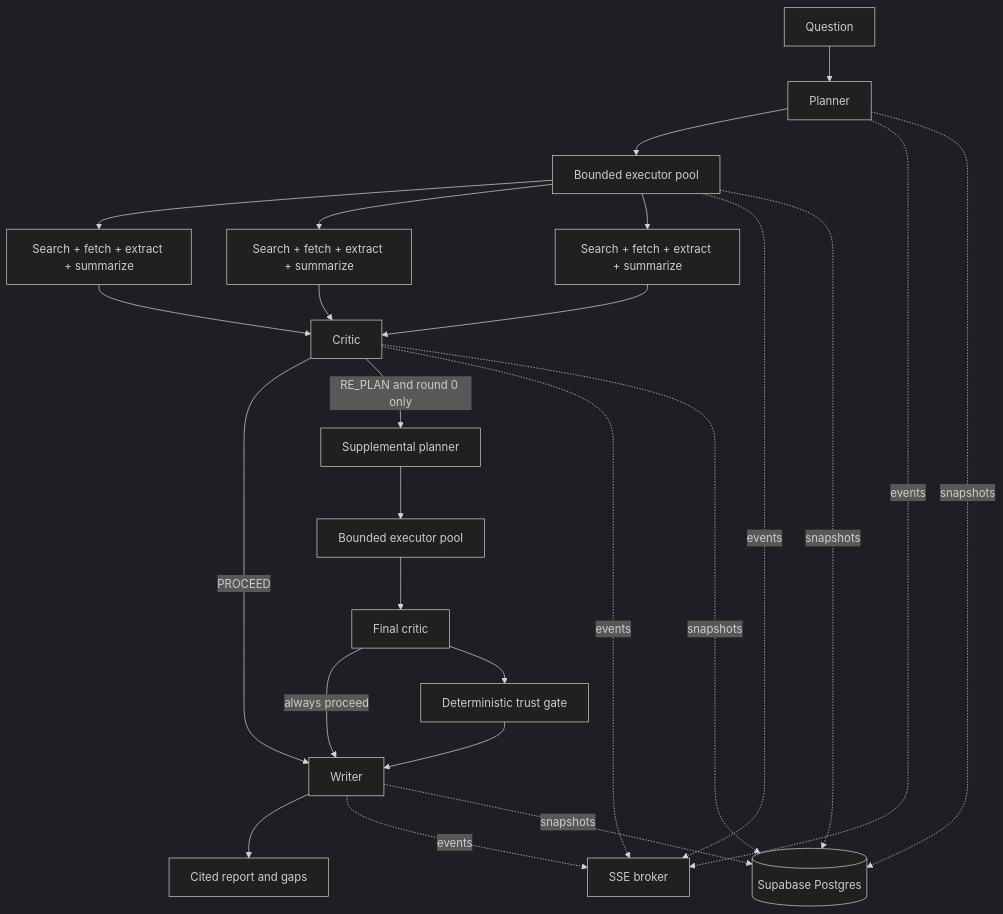
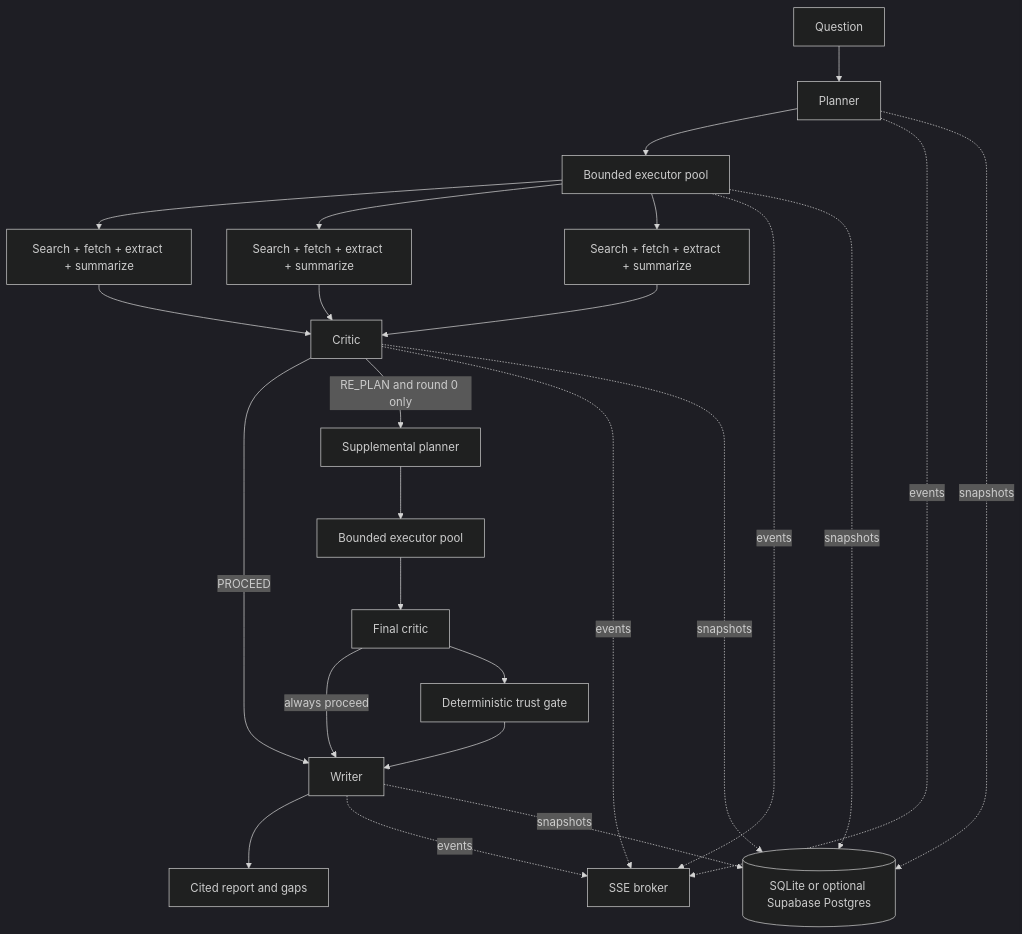
One commit to ArkaPrabhaChowdhury/verity changed the diagram in docs/ARCHITECTURE.md. Above: the diagram before and after it, drawn with Mermaid (dark theme). The commit also changed other lines of this file and 5 other files, not shown here.

````diff
--- a/docs/ARCHITECTURE.md
+++ b/docs/ARCHITECTURE.md
@@ -5,27 +5,27 @@
 ```mermaid
 flowchart TD
     Q[Question] --> P[Planner]
     P --> E[Bounded executor pool]
     E --> S1[Search + fetch + extract + summarize]
     E --> S2[Search + fetch + extract + summarize]
     E --> S3[Search + fetch + extract + summarize]
     S1 --> C[Critic]
     S2 --> C
     S3 --> C
     C -->|PROCEED| W[Writer]
     C -->|RE_PLAN and round 0 only| RP[Supplemental planner]
     RP --> E2[Bounded executor pool]
     E2 --> C2[Final critic]
     C2 -->|always proceed| W
     W --> R[Cited report and gaps]
 	C2 --> T[Deterministic trust gate]
 	T --> W
     P -. events .-> SSE[SSE broker]
     E -. events .-> SSE
     C -. events .-> SSE
     W -. events .-> SSE
-    P -. snapshots .-> DB[(Supabase Postgres)]
+    P -. snapshots .-> DB[(SQLite or optional Supabase Postgres)]
     E -. snapshots .-> DB
     C -. snapshots .-> DB
     W -. snapshots .-> DB
 ```
````
